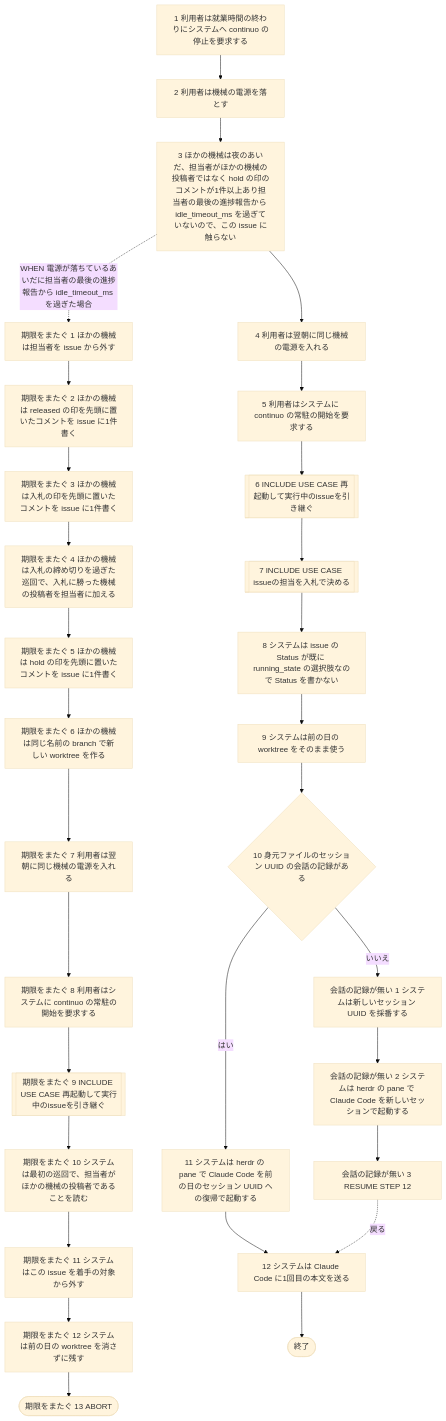
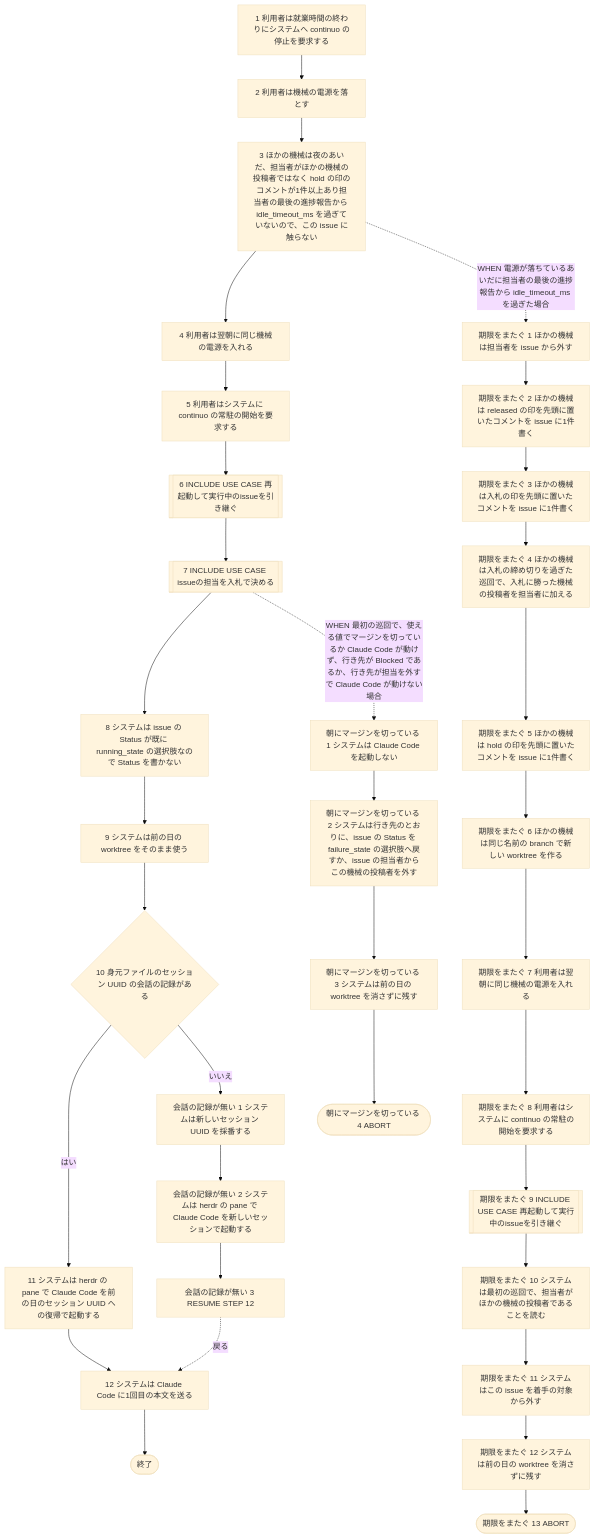
The first of 2 diagrams in docs/spec/usecases/scenario/夜に機械を落として翌朝に担当を続ける.rucm.md (maimuzo/continuo), drawn with Mermaid (base theme) before and after one commit. The commit also changed other lines of this file and 91 other files, not shown here.

Commit message:
レートリミットのマージンを切ったら走っている run を切り上げさせる 担当が自分の issue も着手の前にマージンを見て Blocked へ戻すか担当を外し ダッシュボードにレートリミットの区画を足して打ち切りの文面に使用率を載せる

````diff
--- a/docs/spec/usecases/scenario/夜に機械を落として翌朝に担当を続ける.rucm.md
+++ b/docs/spec/usecases/scenario/夜に機械を落として翌朝に担当を続ける.rucm.md
@@ -171,60 +183,68 @@
 ```mermaid
 flowchart TD
     BS1["1 利用者は就業時間の終わりにシステムへ continuo の停止を要求する"]
     BS2["2 利用者は機械の電源を落とす"]
     BS3["3 ほかの機械は夜のあいだ、担当者がほかの機械の投稿者ではなく hold の印のコメントが1件以上あり担当者の最後の進捗報告から idle_timeout_ms を過ぎていないので、この issue に触らない"]
     BS4["4 利用者は翌朝に同じ機械の電源を入れる"]
     BS5["5 利用者はシステムに continuo の常駐の開始を要求する"]
     BS6[["6 INCLUDE USE CASE 再起動して実行中のissueを引き継ぐ"]]
     BS7[["7 INCLUDE USE CASE issueの担当を入札で決める"]]
     BS8["8 システムは issue の Status が既に running_state の選択肢なので Status を書かない"]
     BS9["9 システムは前の日の worktree をそのまま使う"]
     BS10{"10 身元ファイルのセッション UUID の会話の記録がある"}
     BS11["11 システムは herdr の pane で Claude Code を前の日のセッション UUID への復帰で起動する"]
     BS12["12 システムは Claude Code に1回目の本文を送る"]
     A1S1["会話の記録が無い 1 システムは新しいセッション UUID を採番する"]
     A1S2["会話の記録が無い 2 システムは herdr の pane で Claude Code を新しいセッションで起動する"]
     A1S3["会話の記録が無い 3 RESUME STEP 12"]
     A2S1["期限をまたぐ 1 ほかの機械は担当者を issue から外す"]
     A2S2["期限をまたぐ 2 ほかの機械は released の印を先頭に置いたコメントを issue に1件書く"]
     A2S3["期限をまたぐ 3 ほかの機械は入札の印を先頭に置いたコメントを issue に1件書く"]
     A2S4["期限をまたぐ 4 ほかの機械は入札の締め切りを過ぎた巡回で、入札に勝った機械の投稿者を担当者に加える"]
     A2S5["期限をまたぐ 5 ほかの機械は hold の印を先頭に置いたコメントを issue に1件書く"]
     A2S6["期限をまたぐ 6 ほかの機械は同じ名前の branch で新しい worktree を作る"]
     A2S7["期限をまたぐ 7 利用者は翌朝に同じ機械の電源を入れる"]
     A2S8["期限をまたぐ 8 利用者はシステムに continuo の常駐の開始を要求する"]
     A2S9[["期限をまたぐ 9 INCLUDE USE CASE 再起動して実行中のissueを引き継ぐ"]]
     A2S10["期限をまたぐ 10 システムは最初の巡回で、担当者がほかの機械の投稿者であることを読む"]
     A2S11["期限をまたぐ 11 システムはこの issue を着手の対象から外す"]
     A2S12["期限をまたぐ 12 システムは前の日の worktree を消さずに残す"]
     A2S13(["期限をまたぐ 13 ABORT"])
+    A3S1["朝にマージンを切っている 1 システムは Claude Code を起動しない"]
+    A3S2["朝にマージンを切っている 2 システムは行き先のとおりに、issue の Status を failure_state の選択肢へ戻すか、issue の担当者からこの機械の投稿者を外す"]
+    A3S3["朝にマージンを切っている 3 システムは前の日の worktree を消さずに残す"]
+    A3S4(["朝にマージンを切っている 4 ABORT"])
     BS1 --> BS2
     BS2 --> BS3
     BS3 --> BS4
     BS3 -. "WHEN 電源が落ちているあいだに担当者の最後の進捗報告から idle_timeout_ms を過ぎた場合" .-> A2S1
     BS4 --> BS5
     BS5 --> BS6
     BS6 --> BS7
     BS7 --> BS8
+    BS7 -. "WHEN 最初の巡回で、使える値でマージンを切っているか Claude Code が動けず、行き先が Blocked であるか、行き先が担当を外すで Claude Code が動けない場合" .-> A3S1
     BS8 --> BS9
     BS9 --> BS10
     BS10 -- はい --> BS11
     BS10 -- いいえ --> A1S1
     BS11 --> BS12
     A1S1 --> A1S2
     A1S2 --> A1S3
     A1S3 -. "戻る" .-> BS12
     A2S1 --> A2S2
     A2S2 --> A2S3
     A2S3 --> A2S4
     A2S4 --> A2S5
     A2S5 --> A2S6
     A2S6 --> A2S7
     A2S7 --> A2S8
     A2S8 --> A2S9
     A2S9 --> A2S10
     A2S10 --> A2S11
     A2S11 --> A2S12
     A2S12 --> A2S13
+    A3S1 --> A3S2
+    A3S2 --> A3S3
+    A3S3 --> A3S4
     BS12 --> END(["終了"])
 ```
````
